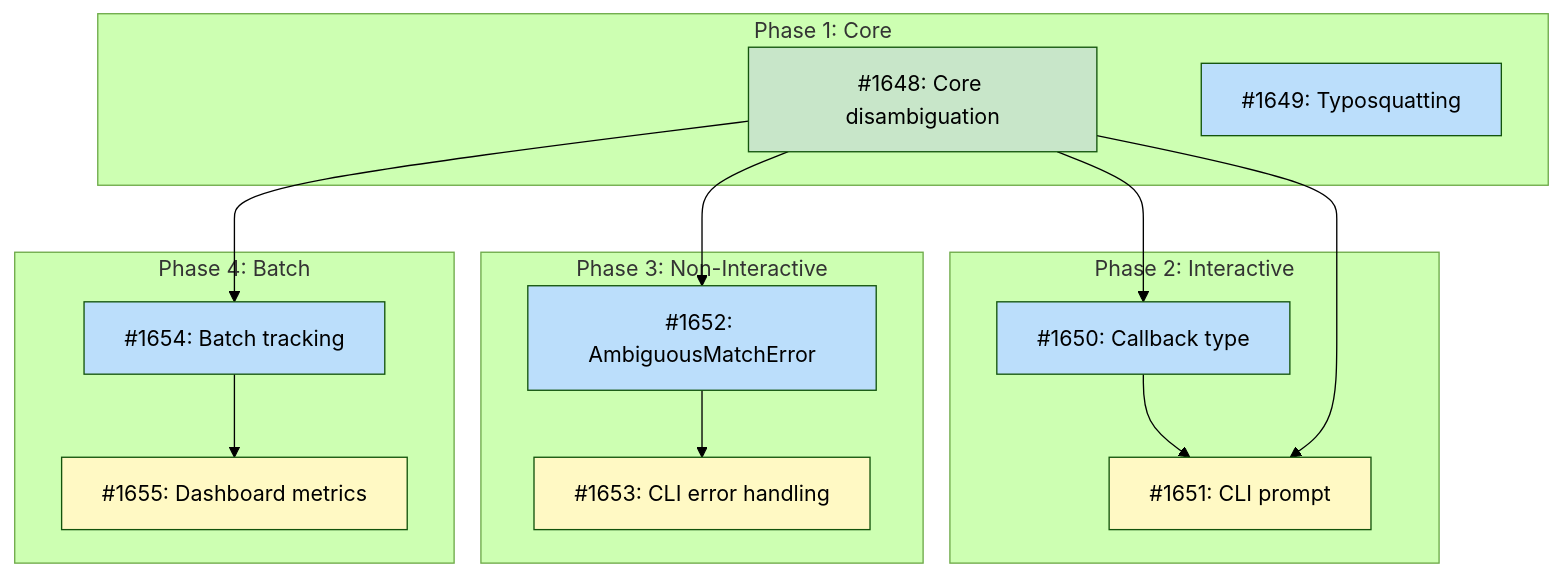
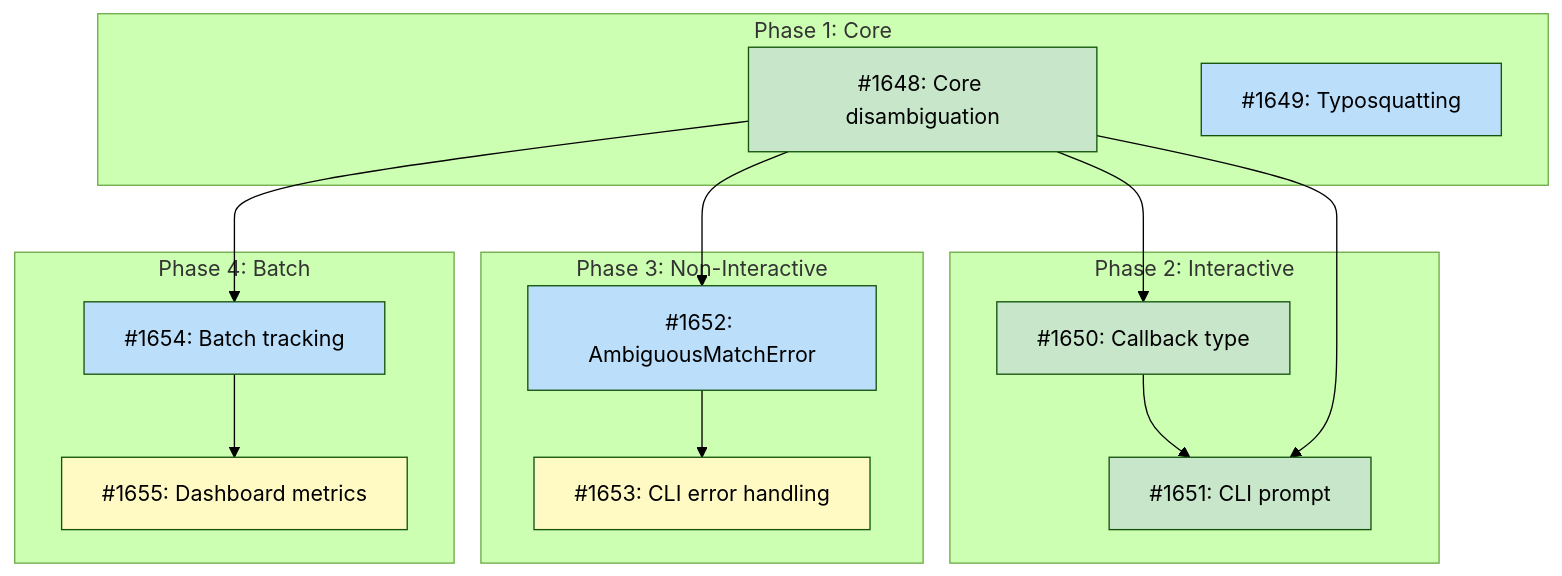
One commit to tsukumogami/tsuku changed the diagram in docs/designs/DESIGN-disambiguation.md. Above: the diagram before and after it, drawn with Mermaid (forest theme). The commit also changed other lines of this file and 7 other files, not shown here.

````diff
--- a/docs/designs/DESIGN-disambiguation.md
+++ b/docs/designs/DESIGN-disambiguation.md
@@ -54,39 +54,39 @@
 ```mermaid
 graph TD
     subgraph Phase1["Phase 1: Core"]
         I1648["#1648: Core disambiguation"]
         I1649["#1649: Typosquatting"]
     end
 
     subgraph Phase2["Phase 2: Interactive"]
         I1650["#1650: Callback type"]
         I1651["#1651: CLI prompt"]
     end
 
     subgraph Phase3["Phase 3: Non-Interactive"]
         I1652["#1652: AmbiguousMatchError"]
         I1653["#1653: CLI error handling"]
     end
 
     subgraph Phase4["Phase 4: Batch"]
         I1654["#1654: Batch tracking"]
         I1655["#1655: Dashboard metrics"]
     end
 
     I1648 --> I1650
     I1650 --> I1651
     I1648 --> I1651
     I1648 --> I1652
     I1652 --> I1653
     I1648 --> I1654
     I1654 --> I1655
 
     classDef done fill:#c8e6c9
     classDef ready fill:#bbdefb
     classDef blocked fill:#fff9c4
     classDef needsDesign fill:#e1bee7
 
-    class I1648 done
-    class I1649,I1650,I1652,I1654 ready
-    class I1651,I1653,I1655 blocked
+    class I1648,I1650,I1651 done
+    class I1649,I1652,I1654 ready
+    class I1653,I1655 blocked
 ```
````
